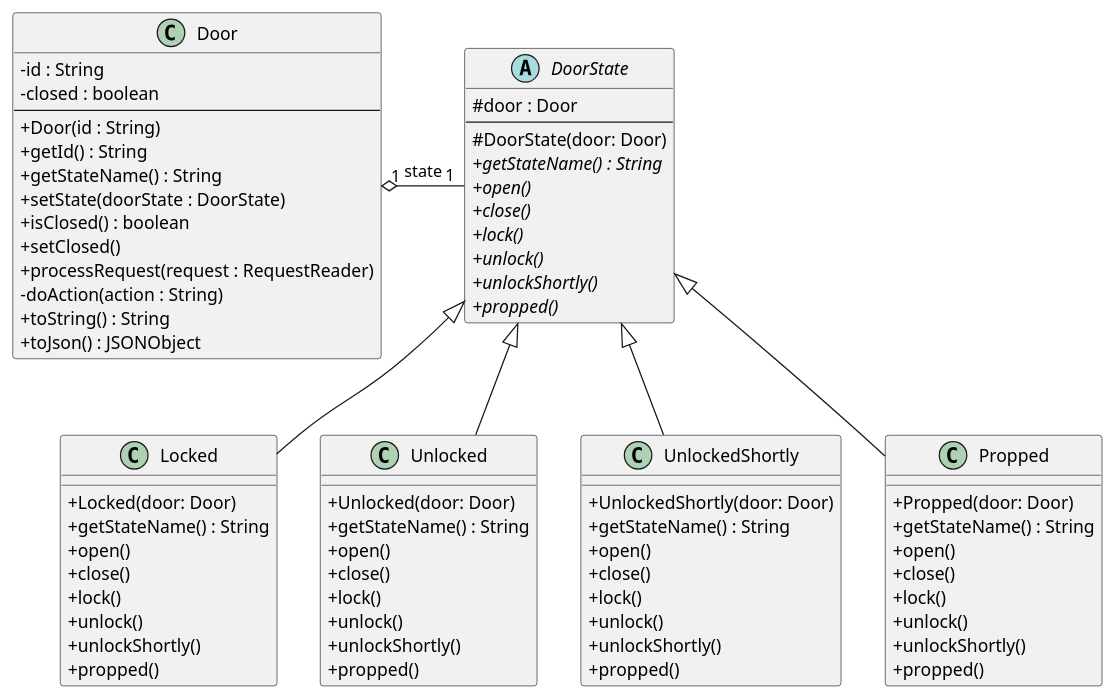
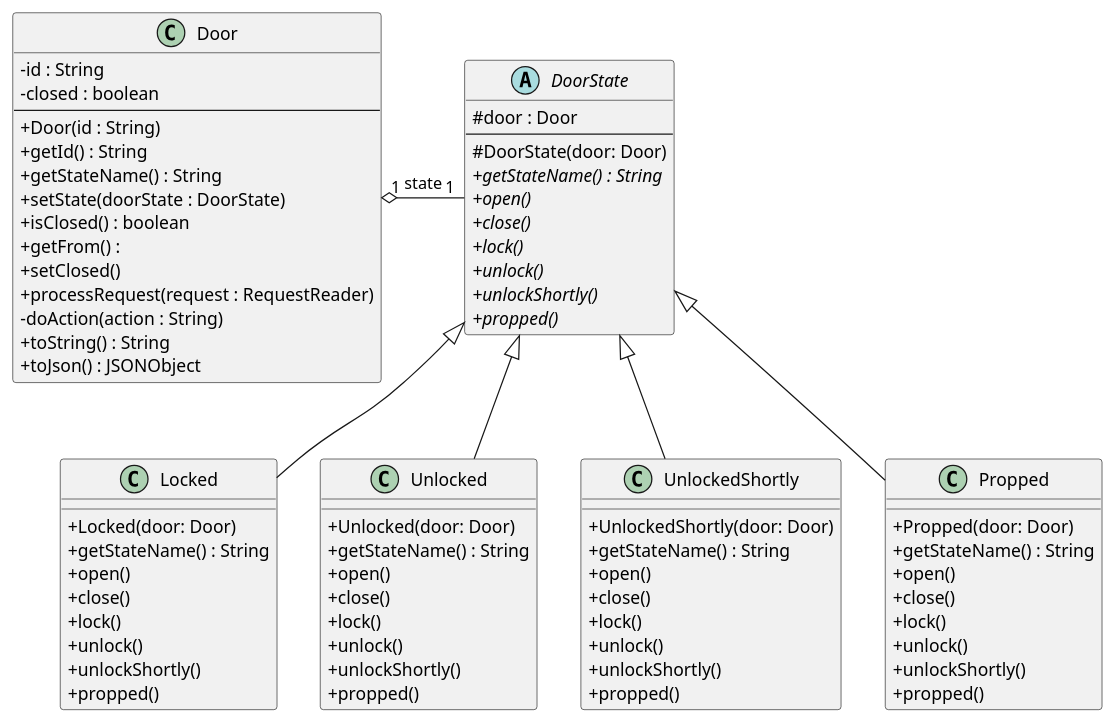
The diagram in src/baseNoStates/uml/DoorState.puml (conststh/DSW_ACS), drawn with PlantUML before and after one commit. The commit also changed 5 other files, not shown here.

```diff
--- a/src/baseNoStates/uml/DoorState.puml
+++ b/src/baseNoStates/uml/DoorState.puml
@@ -1,86 +1,87 @@
 @startuml
 skinparam classAttributeIconSize 0
 
 class Door {
 - id : String
 - closed : boolean
 ---
 + Door(id : String)
 + getId() : String
 + getStateName() : String
 + setState(doorState : DoorState)
 + isClosed() : boolean
++ getFrom() :
 + setClosed()
 + processRequest(request : RequestReader)
 - doAction(action : String)
 + toString() : String
 + toJson() : JSONObject
 }
 
 abstract class DoorState {
 # door : Door
 ---
 # DoorState(door: Door)
 {abstract} + getStateName() : String
 {abstract} + open()
 {abstract} + close()
 {abstract} + lock()
 {abstract} + unlock()
 {abstract} + unlockShortly()
 {abstract} + propped()
 }
 
 class Locked {
 + Locked(door: Door)
 + getStateName() : String
 + open()
 + close()
 + lock()
 + unlock()
 + unlockShortly()
 + propped()
 }
 
 class Unlocked {
 + Unlocked(door: Door)
 + getStateName() : String
 + open()
 + close()
 + lock()
 + unlock()
 + unlockShortly()
 + propped()
 }
 
 class UnlockedShortly {
 + UnlockedShortly(door: Door)
 + getStateName() : String
 + open()
 + close()
 + lock()
 + unlock()
 + unlockShortly()
 + propped()
 }
 
 class Propped {
 + Propped(door: Door)
 + getStateName() : String
 + open()
 + close()
 + lock()
 + unlock()
 + unlockShortly()
 + propped()
 }
 
 '---RELATIONS---
 Door "1" o- "1" DoorState : "state"
 
 DoorState <|-- Locked
 DoorState <|-- Unlocked
 DoorState <|-- UnlockedShortly
 DoorState <|-- Propped
 '------------
 
 @enduml
```
